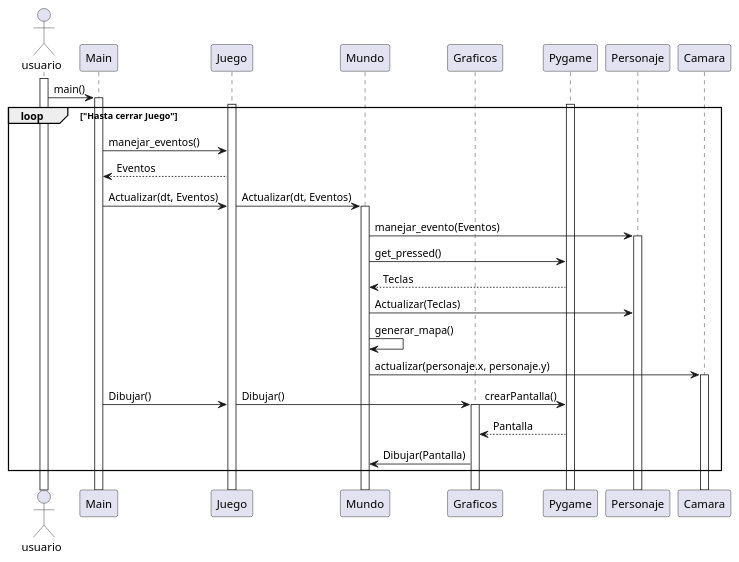
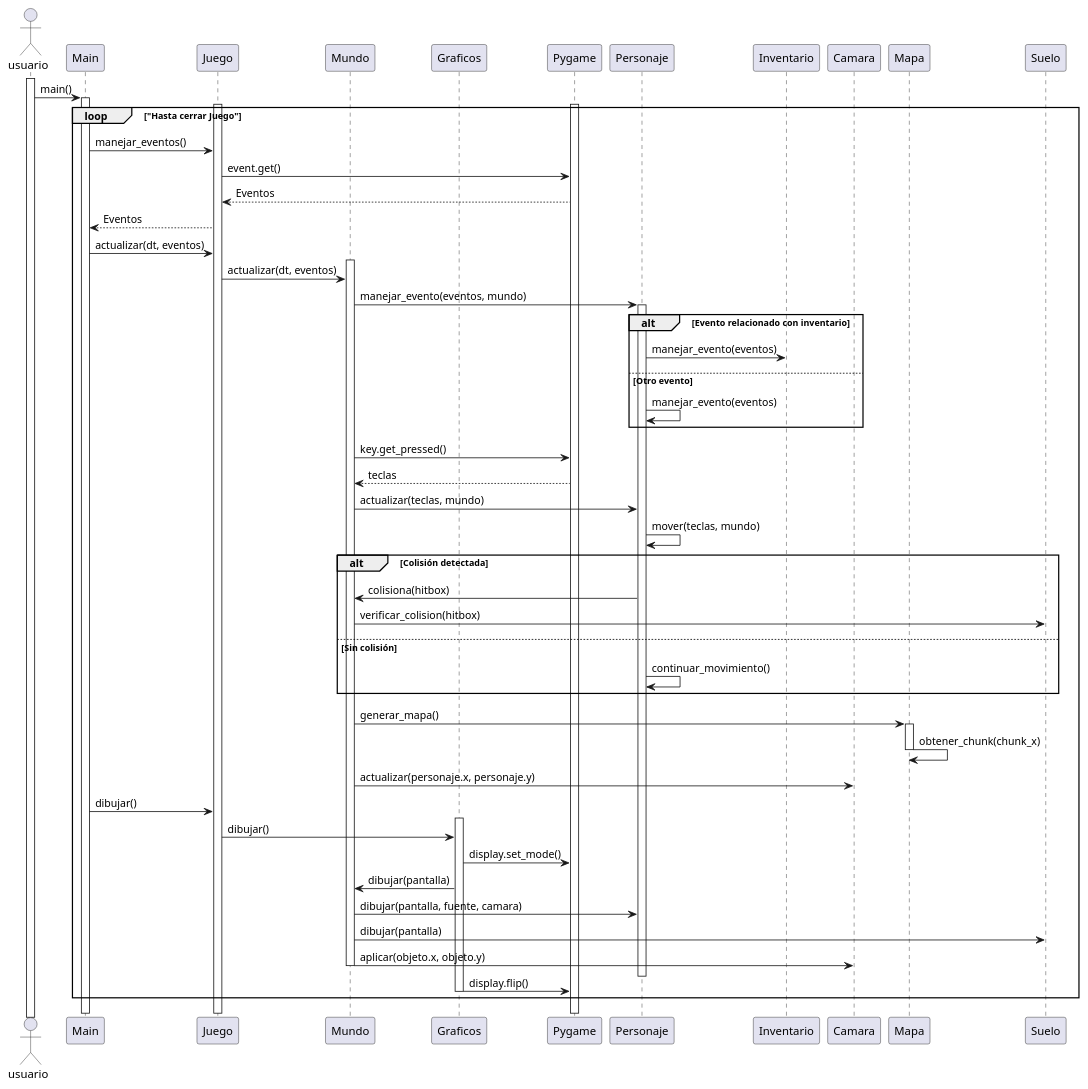
One commit to JosiasTomasnanez/SatisPlanning-game changed the diagram in doc/secuencia.puml. Above: the diagram before and after it, drawn with PlantUML.

Commit message:
Comenzando Diagrama de secuencia

```diff
--- a/doc/secuencia.puml
+++ b/doc/secuencia.puml
@@ -1,47 +1,81 @@
-@startuml DiagrmaSecuencia
+@startuml DiagramaSecuencia
 !pragma teoz true
 actor usuario
+
 participant Main
 participant Juego
 participant Mundo
 participant Graficos
 participant Pygame
+participant Personaje
+participant Inventario
+participant Camara
+participant Mapa
+participant Suelo
+
 activate usuario
 usuario -> Main : main()
+
 activate Main
 activate Juego
 activate Pygame
 
 loop "Hasta cerrar Juego"
     Main -> Juego : manejar_eventos()
+    Juego -> Pygame : event.get()
+    Juego <-- Pygame : Eventos
     Main <-- Juego: Eventos
-    ||5||
-    Main -> Juego : Actualizar(dt, Eventos) 
-    & Juego-> Mundo : Actualizar(dt, Eventos)
+
+    Main -> Juego : actualizar(dt, eventos)
     activate Mundo
-    ||5||
-    Mundo -> Personaje: manejar_evento(Eventos)
+    Juego -> Mundo : actualizar(dt, eventos)
+
+    Mundo -> Personaje : manejar_evento(eventos, mundo)
     activate Personaje
-    Mundo -> Pygame : get_pressed()
-    Mundo <-- Pygame : Teclas
-    Mundo -> Personaje: Actualizar(Teclas)
-    Mundo -> Mundo : generar_mapa()
+    alt Evento relacionado con inventario
+        Personaje -> Inventario : manejar_evento(eventos)
+    else Otro evento
+        Personaje -> Personaje : manejar_evento(eventos)
+    end
+    deactivate Inventario
+
+    Mundo -> Pygame : key.get_pressed()
+    Mundo <-- Pygame : teclas
+    Mundo -> Personaje : actualizar(teclas, mundo)
+
+    Personaje -> Personaje : mover(teclas, mundo)
+    alt Colisión detectada
+        Personaje -> Mundo : colisiona(hitbox)
+        Mundo -> Suelo : verificar_colision(hitbox)
+    else Sin colisión
+        Personaje -> Personaje : continuar_movimiento()
+    end
+    deactivate Suelo
+
+    Mundo -> Mapa : generar_mapa()
+    activate Mapa
+    Mapa -> Mapa : obtener_chunk(chunk_x)
+    deactivate Mapa
+
     Mundo -> Camara : actualizar(personaje.x, personaje.y)
-    activate Camara
-    ||5||
-    Main -> Juego : Dibujar()
-    & Juego -> Graficos : Dibujar() 
+    deactivate Camara
+
+    Main -> Juego : dibujar()
     activate Graficos
-    & Graficos -> Pygame: crearPantalla()
-    ||5||
-    Graficos <-- Pygame: Pantalla
-    ||5||
-    Graficos -> Mundo: Dibujar(Pantalla)
+    Juego -> Graficos : dibujar()
+    Graficos -> Pygame : display.set_mode()
+    Graficos -> Mundo : dibujar(pantalla)
+    Mundo -> Personaje : dibujar(pantalla, fuente, camara)
+    Mundo -> Suelo : dibujar(pantalla)
+    Mundo -> Camara : aplicar(objeto.x, objeto.y)
+    deactivate Suelo
+    deactivate Personaje
+    deactivate Mundo
+    Graficos -> Pygame : display.flip()
+    deactivate Graficos
 end
-    
 
-
-
-
-
+deactivate Pygame
+deactivate Juego
+deactivate Main
 @enduml
```
